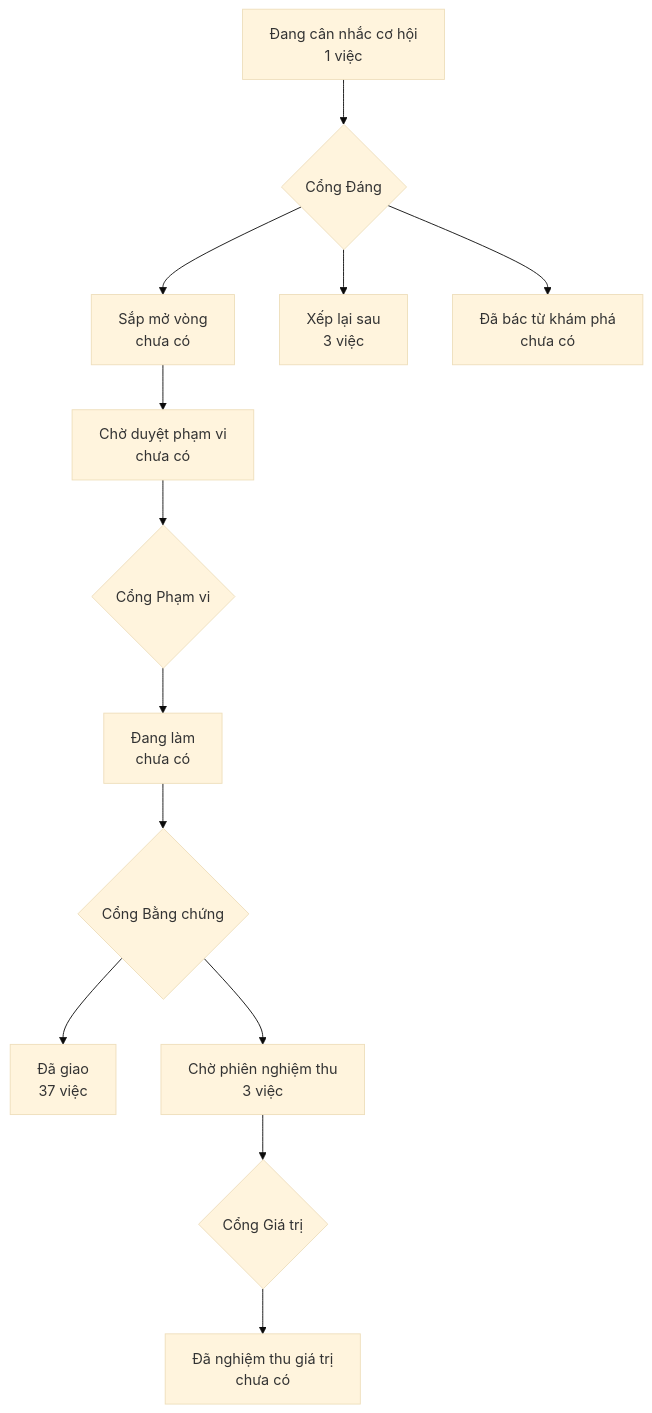
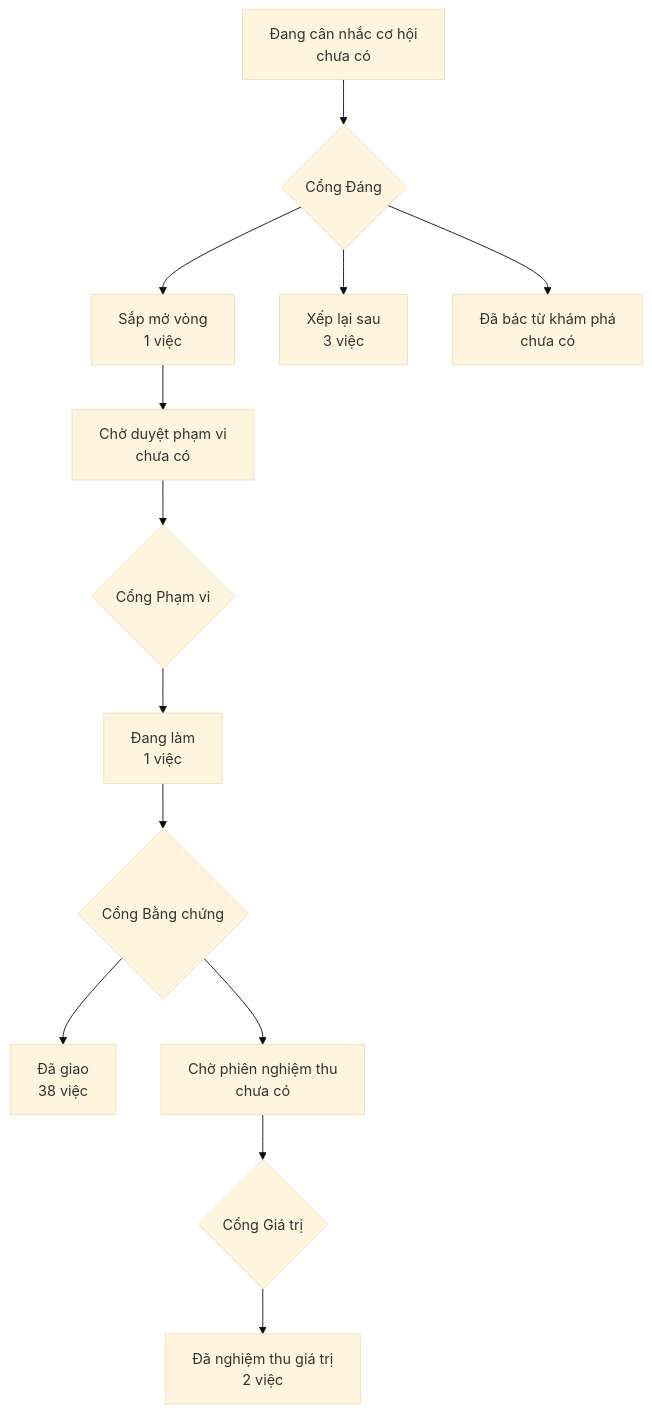
Before and after one commit to phanlemanh/OneFlow: the diagram in PRODUCT-MAP.md, drawn with Mermaid (base theme). The commit also changed other lines of this file and 2 other files, not shown here.

````diff
--- a/PRODUCT-MAP.md
+++ b/PRODUCT-MAP.md
@@ -6,12 +6,12 @@
 ```mermaid
 flowchart TD
-  A["Đang cân nhắc cơ hội<br/>1 việc"] --> GD{"Cổng Đáng"}
-  GD --> B["Sắp mở vòng<br/>chưa có"]
+  A["Đang cân nhắc cơ hội<br/>chưa có"] --> GD{"Cổng Đáng"}
+  GD --> B["Sắp mở vòng<br/>1 việc"]
   GD --> XL["Xếp lại sau<br/>3 việc"]
   GD --> DB["Đã bác từ khám phá<br/>chưa có"]
   B --> CD["Chờ duyệt phạm vi<br/>chưa có"] --> GP{"Cổng Phạm vi"}
-  GP --> DL["Đang làm<br/>chưa có"] --> GB{"Cổng Bằng chứng"}
-  GB --> DG["Đã giao<br/>37 việc"]
-  GB --> CN["Chờ phiên nghiệm thu<br/>3 việc"] --> GG{"Cổng Giá trị"}
-  GG --> NT["Đã nghiệm thu giá trị<br/>chưa có"]
+  GP --> DL["Đang làm<br/>1 việc"] --> GB{"Cổng Bằng chứng"}
+  GB --> DG["Đã giao<br/>38 việc"]
+  GB --> CN["Chờ phiên nghiệm thu<br/>chưa có"] --> GG{"Cổng Giá trị"}
+  GG --> NT["Đã nghiệm thu giá trị<br/>2 việc"]
 ```
````
